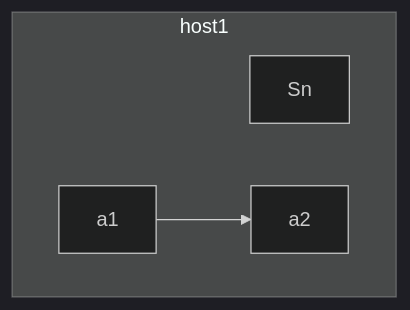
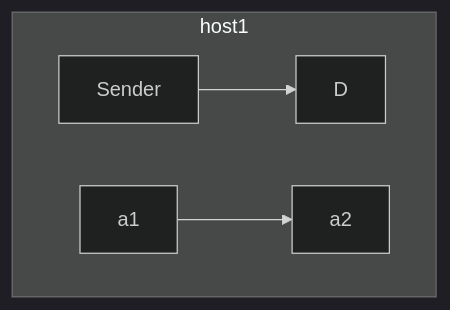
One commit to googlelxhgithub/iodraw-files changed the diagram in all/network.md. Above: the diagram before and after it, drawn with Mermaid (dark theme).

Commit message:
2024-08-30 21:45:08 update

````diff
--- a/all/network.md
+++ b/all/network.md
@@ -1,8 +1,8 @@
 ```mermaid
 flowchart TB
     subgraph host1
-    Sn
+    Sender --> D
     a1-->a2
     end
  
 ```
````
